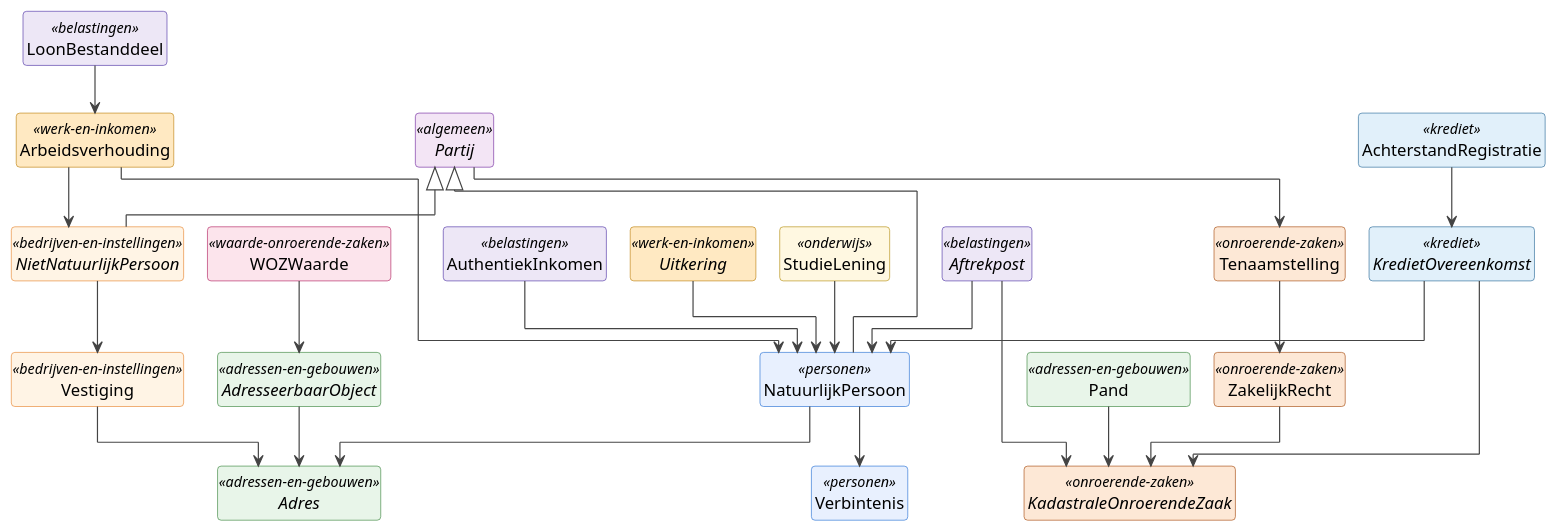
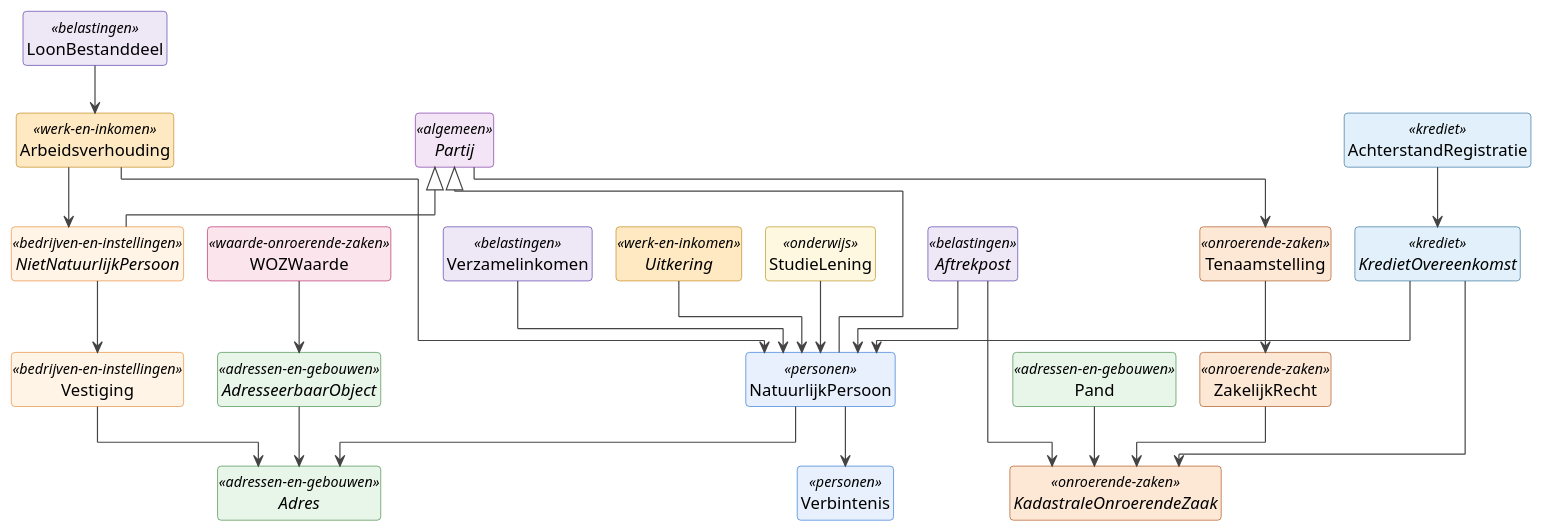
Before and after one commit to ICTU/GBO-Semantiek: the first of 2 diagrams in docs/informatiemodel/gbo-kern/hoofdmodel.md, drawn with PlantUML. The commit also changed other lines of this file and 63 other files, not shown here.

```diff
--- a/docs/informatiemodel/gbo-kern/hoofdmodel.md
+++ b/docs/informatiemodel/gbo-kern/hoofdmodel.md
@@ -116,7 +116,7 @@
 
 ' ---- Fiscaal (Belastingdienst) ----
 together {
-  class AuthentiekInkomen <<belastingen>>
+  class Verzamelinkomen <<belastingen>>
   class LoonBestanddeel <<belastingen>>
   abstract class Aftrekpost <<belastingen>>
 }
@@ -157,7 +157,7 @@
 WOZWaarde --> AdresseerbaarObject
 
 ' ---- Fiscaal (BD) ----
-AuthentiekInkomen --> NatuurlijkPersoon
+Verzamelinkomen --> NatuurlijkPersoon
 LoonBestanddeel --> Arbeidsverhouding
 Aftrekpost --> NatuurlijkPersoon
 Aftrekpost --> KadastraleOnroerendeZaak
```
